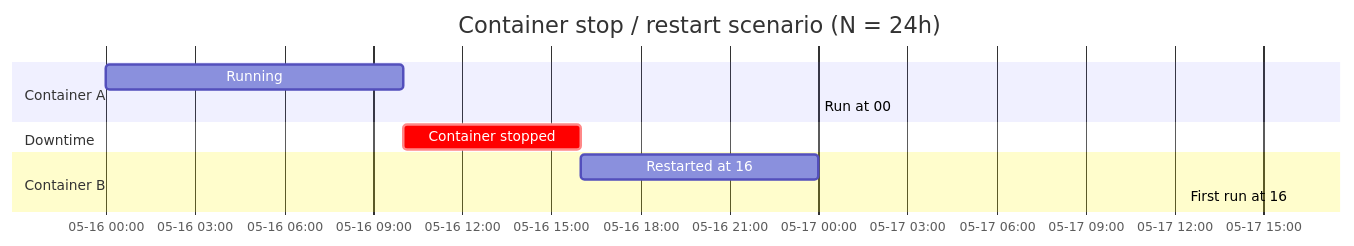
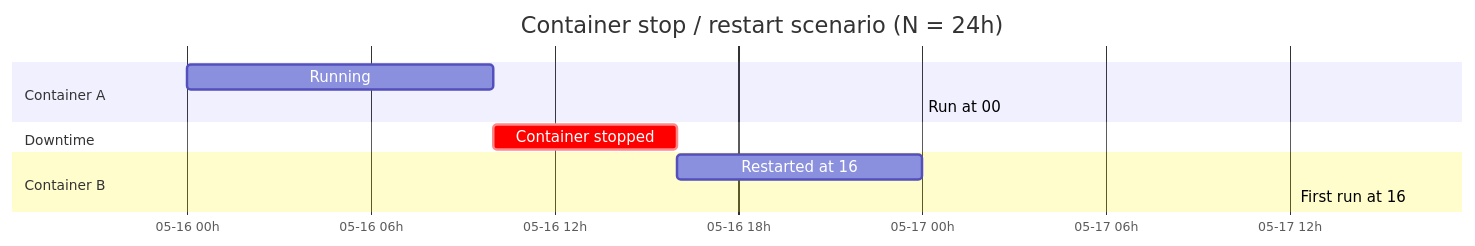
The third of 5 diagrams in documentation/7.3 Background Scheduler.md (openTdataCH/stop_sync_osm_atlas), drawn with Mermaid before and after one commit. The commit also changed 9 other files, not shown here.

````diff
--- a/documentation/7.3 Background Scheduler.md
+++ b/documentation/7.3 Background Scheduler.md
@@ -124,17 +124,19 @@
 ```mermaid
+%%{init: {'gantt': {'useWidth': 1200, 'leftPadding': 140, 'rightPadding': 80, 'fontSize': 12}}}%%
 gantt
     title Container stop / restart scenario (N = 24h)
     dateFormat YYYY-MM-DD HH:mm
-    axisFormat %m-%d %H:%M
+    axisFormat %m-%d %Hh
+    tickInterval 6hour
 
     section Container A
     Running                    :a1, 2026-05-16 00:00, 10h
     Run at 00:00 + 24h         :milestone, 2026-05-17 00:00, 0h
 
     section Downtime
     Container stopped          :crit, 2026-05-16 10:00, 6h
 
     section Container B
     Restarted at 16:00         :a2, 2026-05-16 16:00, 8h
     First run at 16:00 + 24h   :milestone, 2026-05-17 16:00, 0h
 ```
````
